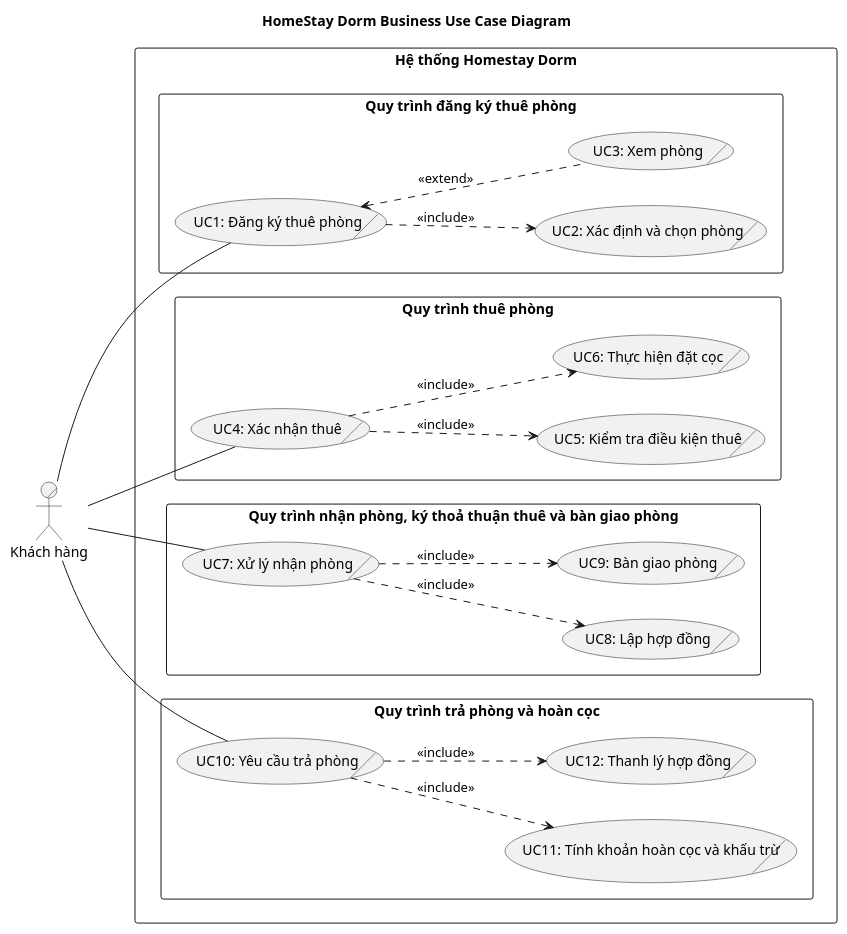
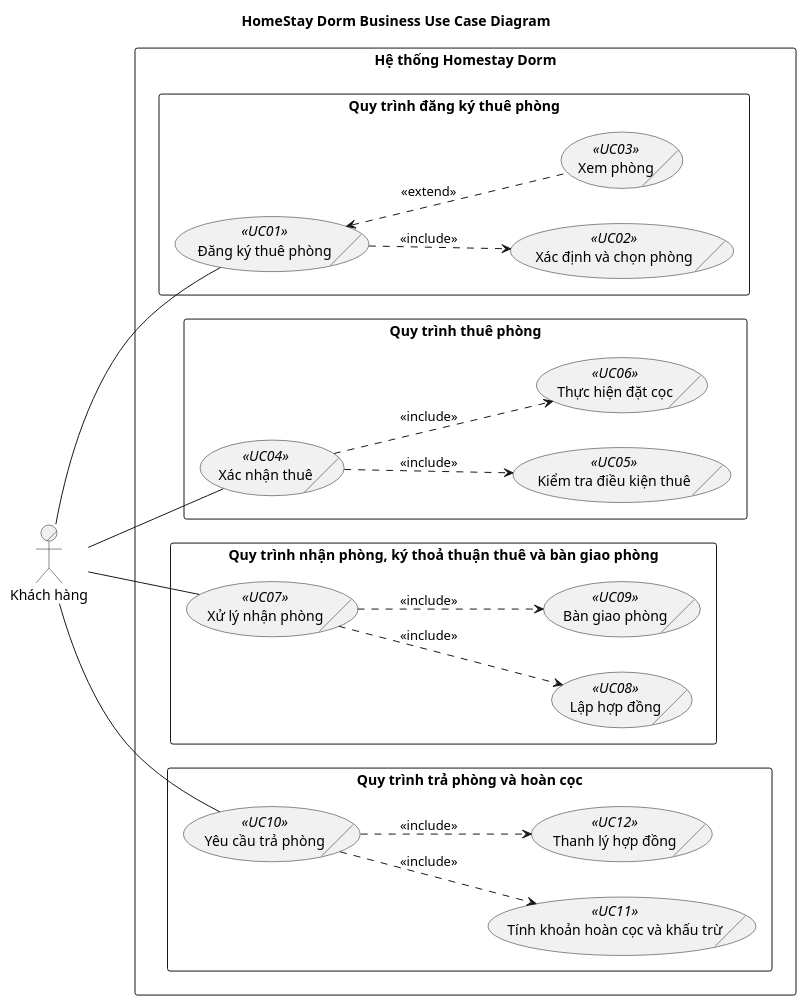
The diagram in doc/business/use-case/main_usecase_diagram.wsd (Gnourt812005/HCMUS-Analyze-and-desgin-IS), drawn with PlantUML before and after one commit. The commit also changed 4 other files, not shown here.

```diff
--- a/doc/business/use-case/main_usecase_diagram.wsd
+++ b/doc/business/use-case/main_usecase_diagram.wsd
@@ -1,60 +1,60 @@
 @startuml BusinessUsecase
 title HomeStay Dorm Business Use Case Diagram
 skinparam packageStyle rectangle
 
 ' Direction
 left to right direction
 
 ' Define B.Actors
 actor/ "Khách hàng" as customer
 
 rectangle "Hệ thống Homestay Dorm" {
 	rectangle "Quy trình đăng ký thuê phòng" {
-		usecase/ "UC1: Đăng ký thuê phòng" as UC_DangKyThuePhong
-		usecase/ "UC2: Xác định và chọn phòng" as UC_XacDinhVaChonPhong
-		usecase/ "UC3: Xem phòng" as UC_XemPhong
+		usecase/ "Đăng ký thuê phòng" as UC_DangKyThuePhong <<UC01>>
+		usecase/ "Xác định và chọn phòng" as UC_XacDinhVaChonPhong <<UC02>>
+		usecase/ "Xem phòng" as UC_XemPhong <<UC03>>
 
 		' Use Case Relationships
 		UC_DangKyThuePhong ..> UC_XacDinhVaChonPhong : <<include>>
 		UC_DangKyThuePhong <.. UC_XemPhong : <<extend>>
 	}
 
 	rectangle "Quy trình thuê phòng" {
-		usecase/ "UC4: Xác nhận thuê" as UC_XacNhanThue
-		usecase/ "UC5: Kiểm tra điều kiện thuê" as UC_KiemTraDieuKienThue
-		usecase/ "UC6: Thực hiện đặt cọc" as UC_ThucHienDatCoc
+		usecase/ "Xác nhận thuê" as UC_XacNhanThue <<UC04>>
+		usecase/ "Kiểm tra điều kiện thuê" as UC_KiemTraDieuKienThue <<UC05>>
+		usecase/ "Thực hiện đặt cọc" as UC_ThucHienDatCoc <<UC06>>
 
 		' Use Case Relationships
 		UC_XacNhanThue ..> UC_KiemTraDieuKienThue : <<include>>
 		UC_XacNhanThue ..> UC_ThucHienDatCoc : <<include>>
 	}
 
 	rectangle "Quy trình nhận phòng, ký thoả thuận thuê và bàn giao phòng" {
-		usecase/ "UC7: Xử lý nhận phòng" as UC_XuLyNhanPhong
-		usecase/ "UC8: Lập hợp đồng" as UC_KyHopDong
-		usecase/ "UC9: Bàn giao phòng" as UC_BanGiaoPhong
+		usecase/ "Xử lý nhận phòng" as UC_XuLyNhanPhong <<UC07>>
+		usecase/ "Lập hợp đồng" as UC_KyHopDong <<UC08>>
+		usecase/ "Bàn giao phòng" as UC_BanGiaoPhong <<UC09>>
 
 		' Use Case Relationships
 		UC_XuLyNhanPhong ..> UC_KyHopDong : <<include>>
 		UC_XuLyNhanPhong ..> UC_BanGiaoPhong : <<include>>
 	}
 
 	rectangle "Quy trình trả phòng và hoàn cọc" {
-		usecase/ "UC10: Yêu cầu trả phòng" as UC_YeuCauTraPhong
-		usecase/ "UC11: Tính khoản hoàn cọc và khấu trừ" as UC_TinhHoanCocKhauTru
-		usecase/ "UC12: Thanh lý hợp đồng" as UC_ThanhLyHopDong
+		usecase/ "Yêu cầu trả phòng" as UC_YeuCauTraPhong <<UC10>>
+		usecase/ "Tính khoản hoàn cọc và khấu trừ" as UC_TinhHoanCocKhauTru <<UC11>>
+		usecase/ "Thanh lý hợp đồng" as UC_ThanhLyHopDong <<UC12>>
 
 		' Use Case Relationships
 		UC_YeuCauTraPhong ..> UC_TinhHoanCocKhauTru : <<include>>
 		UC_YeuCauTraPhong ..> UC_ThanhLyHopDong : <<include>>
 	}
 }
 
 
 ' Actor - Main Use Cases Associations
 customer -- UC_DangKyThuePhong
 customer -- UC_XacNhanThue
 customer -- UC_XuLyNhanPhong
 customer -- UC_YeuCauTraPhong
 
 @enduml
```
